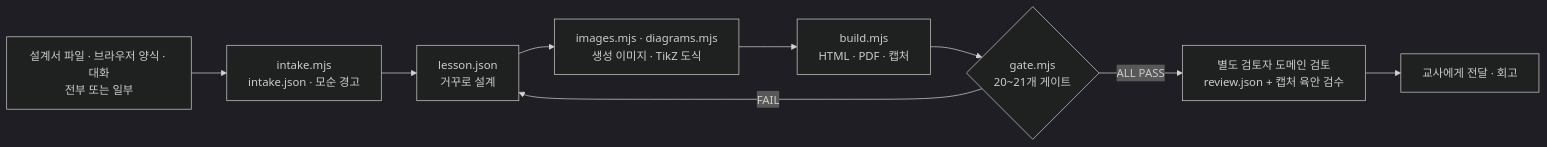
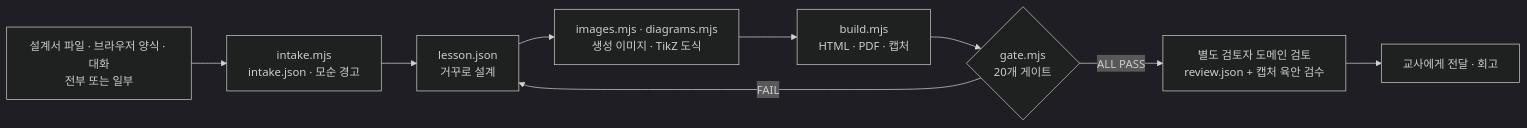
One commit to sehunYang/classforge changed the diagram in README.md. Above: the diagram before and after it, drawn with Mermaid (dark theme). The commit also changed other lines of this file and 15 other files, not shown here.

````diff
--- a/README.md
+++ b/README.md
@@ -55,11 +55,11 @@
 ```mermaid
 flowchart LR
   A[설계서 파일 · 브라우저 양식 · 대화<br/>전부 또는 일부] --> B[intake.mjs<br/>intake.json · 모순 경고]
   B --> C[lesson.json<br/>거꾸로 설계]
   C --> D[images.mjs · diagrams.mjs<br/>생성 이미지 · TikZ 도식]
   D --> E[build.mjs<br/>HTML · PDF · 캡처]
-  E --> F{gate.mjs<br/>20~21개 게이트}
+  E --> F{gate.mjs<br/>20개 게이트}
   F -- FAIL --> C
   F -- ALL PASS --> G[별도 검토자 도메인 검토<br/>review.json + 캡처 육안 검수]
   G --> H[교사에게 전달 · 회고]
 ```
````
